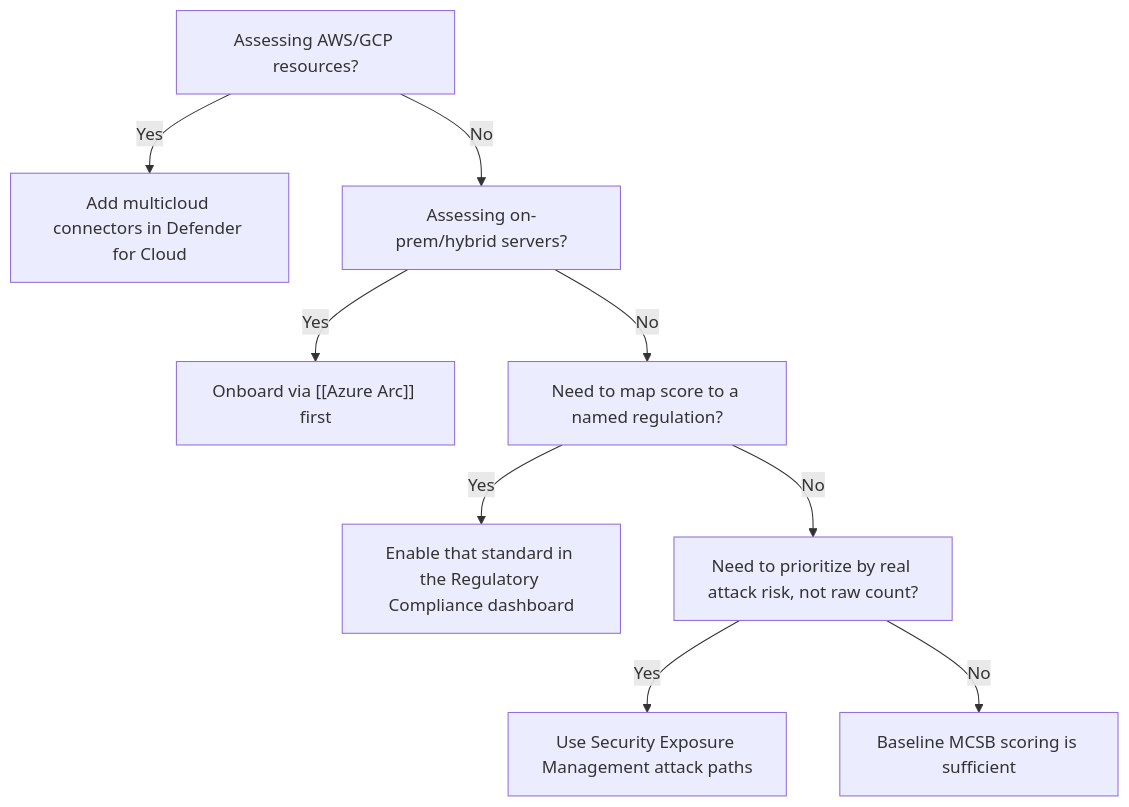
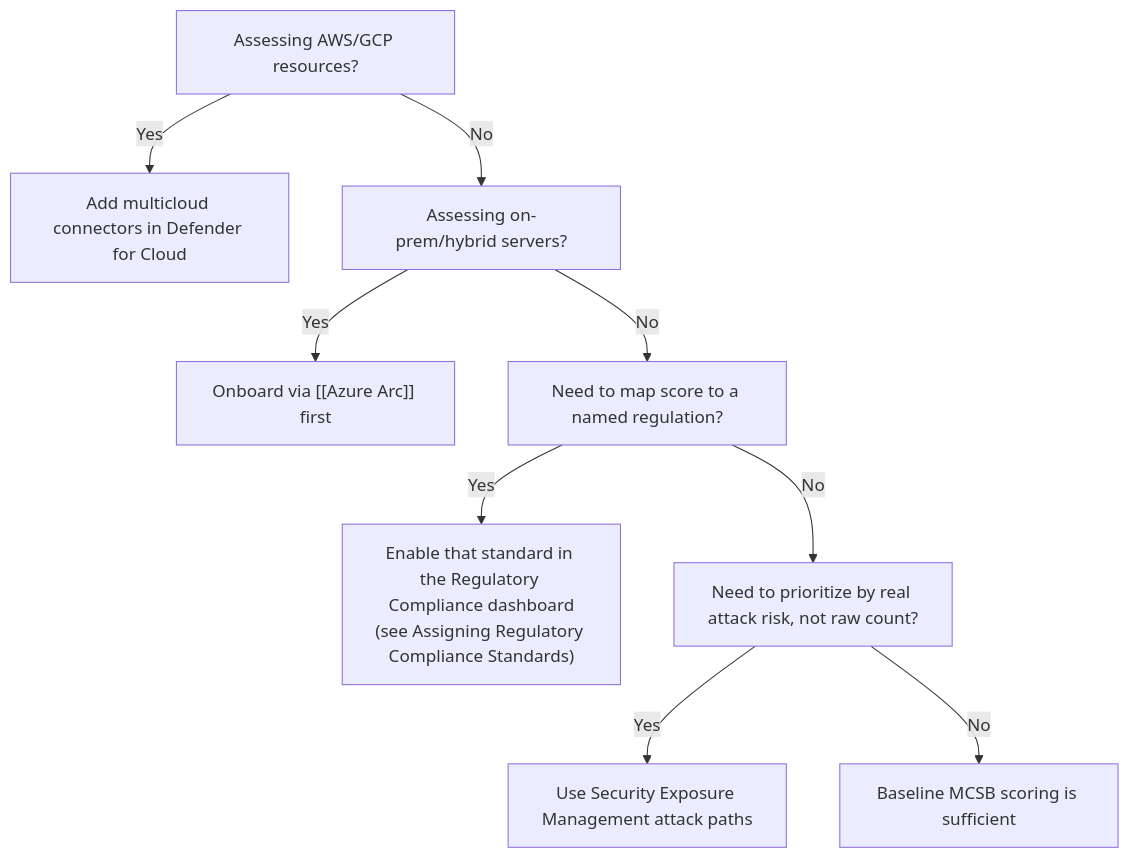
Before and after one commit to DhruvKai/SC-100: the second of 2 diagrams in 03 Infrastructure/Security Posture Assessments.md, drawn with Mermaid. The commit also changed other lines of this file and 18 other files, not shown here.

````diff
--- a/03 Infrastructure/Security Posture Assessments.md
+++ b/03 Infrastructure/Security Posture Assessments.md
@@ -64,11 +64,11 @@
 ```mermaid
 flowchart TD
     Q1["Assessing AWS/GCP resources?"] -->|Yes| MC["Add multicloud connectors in Defender for Cloud"]
     Q1 -->|No| Q2["Assessing on-prem/hybrid servers?"]
     Q2 -->|Yes| ARC["Onboard via [[Azure Arc]] first"]
     Q2 -->|No| Q3["Need to map score to a named regulation?"]
-    Q3 -->|Yes| RCD["Enable that standard in the Regulatory Compliance dashboard"]
+    Q3 -->|Yes| RCD["Enable that standard in the Regulatory Compliance dashboard<br/>(see Assigning Regulatory Compliance Standards)"]
     Q3 -->|No| Q4["Need to prioritize by real attack risk, not raw count?"]
     Q4 -->|Yes| SEM2["Use Security Exposure Management attack paths"]
     Q4 -->|No| Base["Baseline MCSB scoring is sufficient"]
 ```
````
